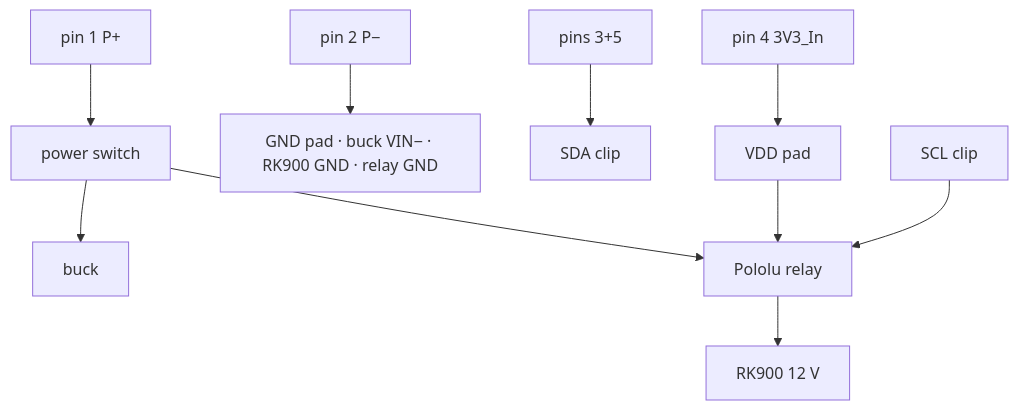
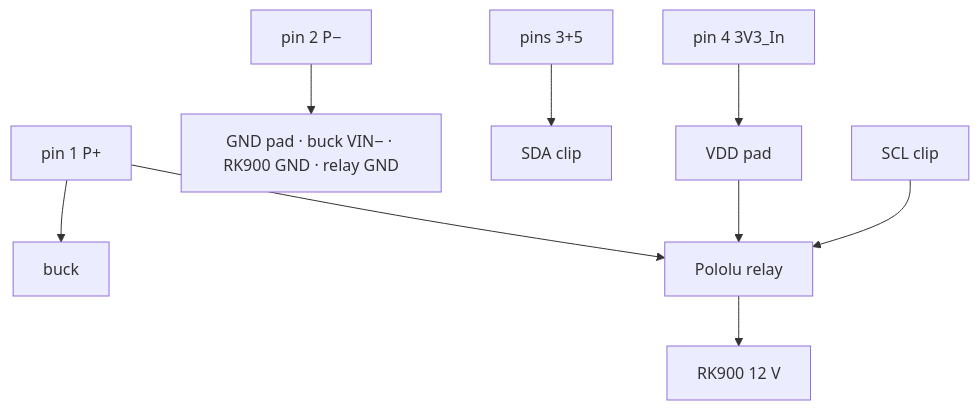
One commit to disruptivepatternmaterial/rak-sensor-node-but-better changed the diagram in docs/BUILD.md. Above: the diagram before and after it, drawn with Mermaid. The commit also changed other lines of this file and 6 other files, not shown here.

````diff
--- a/docs/BUILD.md
+++ b/docs/BUILD.md
@@ -46,15 +45,14 @@
 ```mermaid
 flowchart TB
-    P1["pin 1  P+"] --> SW["power switch"]
-    SW --> BUCK["buck"]
-    SW --> RELAY["Pololu relay"]
+    P1["pin 1  P+"] --> BUCK["buck"]
+    P1 --> RELAY["Pololu relay"]
     RELAY --> RK["RK900 12 V"]
 
     P2["pin 2  P−"] --> GND["GND pad · buck VIN− · RK900 GND · relay GND"]
 
     P35["pins 3+5"] --> SDA["SDA clip"]
 
     P4["pin 4  3V3_In"] --> VDD["VDD pad"]
     VDD --> RELAY
     SCL["SCL clip"] --> RELAY
 ```
````
